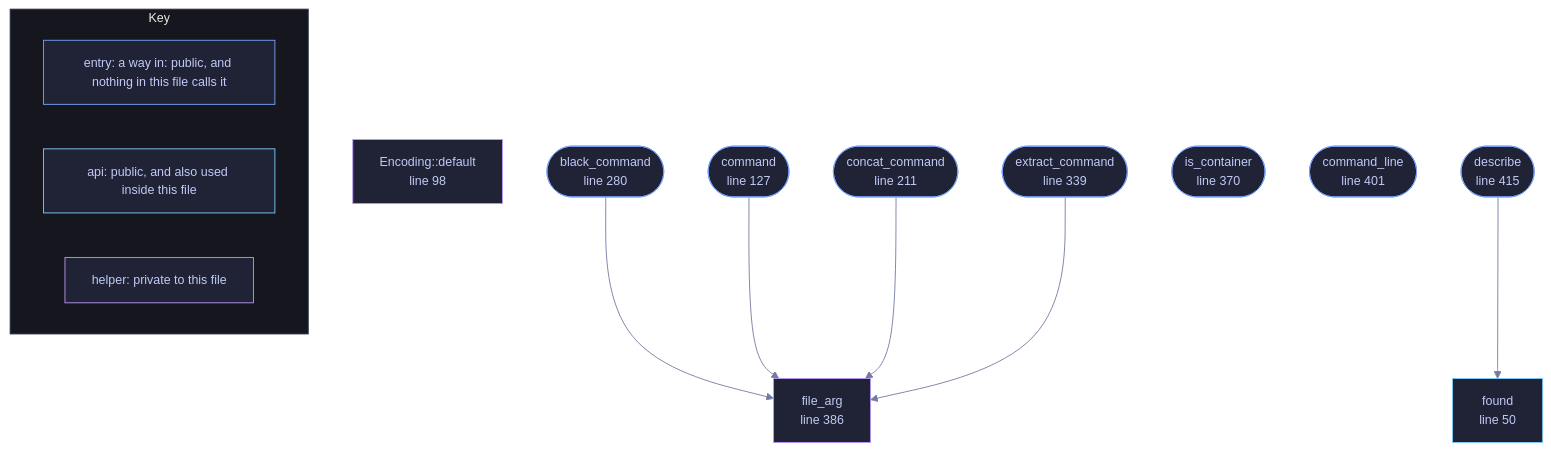
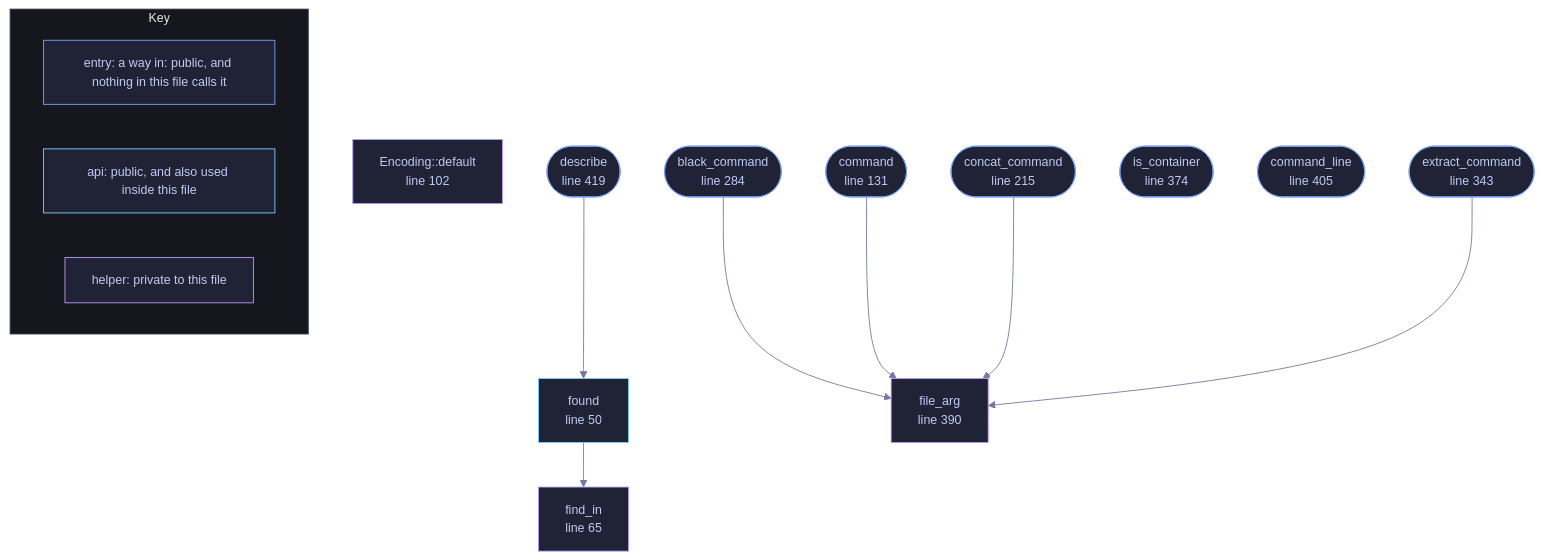
The diagram in docs/files/veilvoice-video/ffmpeg.md (tilas01/veilvoice), drawn with Mermaid before and after one commit. The commit also changed other lines of this file and 514 other files, not shown here.

````diff
--- a/docs/files/veilvoice-video/ffmpeg.md
+++ b/docs/files/veilvoice-video/ffmpeg.md
@@ -106,44 +106,47 @@
 ```mermaid
 %%{init: {"theme":"base","themeVariables":{"background":"#1a1b26","primaryColor":"#1f2335","primaryTextColor":"#c0caf5","primaryBorderColor":"#7aa2f7","secondaryColor":"#16161e","tertiaryColor":"#16161e","lineColor":"#737aa2","textColor":"#c0caf5","mainBkg":"#1f2335","nodeBorder":"#7aa2f7","clusterBkg":"#16161e","clusterBorder":"#2f3549","fontFamily":"ui-monospace, SFMono-Regular, Consolas, monospace","fontSize":"14px"}}}%%
 flowchart TD
     n_found["found<br/>line 50"]
-    n_default["Encoding::default<br/>line 98"]
-    n_command(["command<br/>line 127"])
-    n_concat_command(["concat_command<br/>line 211"])
-    n_black_command(["black_command<br/>line 280"])
-    n_extract_command(["extract_command<br/>line 339"])
-    n_is_container(["is_container<br/>line 370"])
-    n_file_arg["file_arg<br/>line 386"]
-    n_command_line(["command_line<br/>line 401"])
-    n_describe(["describe<br/>line 415"])
+    n_find_in["find_in<br/>line 65"]
+    n_default["Encoding::default<br/>line 102"]
+    n_command(["command<br/>line 131"])
+    n_concat_command(["concat_command<br/>line 215"])
+    n_black_command(["black_command<br/>line 284"])
+    n_extract_command(["extract_command<br/>line 343"])
+    n_is_container(["is_container<br/>line 374"])
+    n_file_arg["file_arg<br/>line 390"]
+    n_command_line(["command_line<br/>line 405"])
+    n_describe(["describe<br/>line 419"])
     n_black_command --> n_file_arg
     n_command --> n_file_arg
     n_concat_command --> n_file_arg
     n_describe --> n_found
     n_extract_command --> n_file_arg
+    n_found --> n_find_in
     click n_found href "https://github.com/tilas01/veilvoice/blob/main/crates/veilvoice-video/src/ffmpeg.rs#L50" "open the source"
-    click n_default href "https://github.com/tilas01/veilvoice/blob/main/crates/veilvoice-video/src/ffmpeg.rs#L98" "open the source"
-    click n_command href "https://github.com/tilas01/veilvoice/blob/main/crates/veilvoice-video/src/ffmpeg.rs#L127" "open the source"
-    click n_concat_command href "https://github.com/tilas01/veilvoice/blob/main/crates/veilvoice-video/src/ffmpeg.rs#L211" "open the source"
-    click n_black_command href "https://github.com/tilas01/veilvoice/blob/main/crates/veilvoice-video/src/ffmpeg.rs#L280" "open the source"
-    click n_extract_command href "https://github.com/tilas01/veilvoice/blob/main/crates/veilvoice-video/src/ffmpeg.rs#L339" "open the source"
-    click n_is_container href "https://github.com/tilas01/veilvoice/blob/main/crates/veilvoice-video/src/ffmpeg.rs#L370" "open the source"
-    click n_file_arg href "https://github.com/tilas01/veilvoice/blob/main/crates/veilvoice-video/src/ffmpeg.rs#L386" "open the source"
-    click n_command_line href "https://github.com/tilas01/veilvoice/blob/main/crates/veilvoice-video/src/ffmpeg.rs#L401" "open the source"
-    click n_describe href "https://github.com/tilas01/veilvoice/blob/main/crates/veilvoice-video/src/ffmpeg.rs#L415" "open the source"
+    click n_find_in href "https://github.com/tilas01/veilvoice/blob/main/crates/veilvoice-video/src/ffmpeg.rs#L65" "open the source"
+    click n_default href "https://github.com/tilas01/veilvoice/blob/main/crates/veilvoice-video/src/ffmpeg.rs#L102" "open the source"
+    click n_command href "https://github.com/tilas01/veilvoice/blob/main/crates/veilvoice-video/src/ffmpeg.rs#L131" "open the source"
+    click n_concat_command href "https://github.com/tilas01/veilvoice/blob/main/crates/veilvoice-video/src/ffmpeg.rs#L215" "open the source"
+    click n_black_command href "https://github.com/tilas01/veilvoice/blob/main/crates/veilvoice-video/src/ffmpeg.rs#L284" "open the source"
+    click n_extract_command href "https://github.com/tilas01/veilvoice/blob/main/crates/veilvoice-video/src/ffmpeg.rs#L343" "open the source"
+    click n_is_container href "https://github.com/tilas01/veilvoice/blob/main/crates/veilvoice-video/src/ffmpeg.rs#L374" "open the source"
+    click n_file_arg href "https://github.com/tilas01/veilvoice/blob/main/crates/veilvoice-video/src/ffmpeg.rs#L390" "open the source"
+    click n_command_line href "https://github.com/tilas01/veilvoice/blob/main/crates/veilvoice-video/src/ffmpeg.rs#L405" "open the source"
+    click n_describe href "https://github.com/tilas01/veilvoice/blob/main/crates/veilvoice-video/src/ffmpeg.rs#L419" "open the source"
     classDef entry fill:#1f2335,stroke:#7aa2f7,color:#c0caf5
     class n_command,n_concat_command,n_black_command,n_extract_command,n_is_container,n_command_line,n_describe entry
     classDef api fill:#1f2335,stroke:#7dcfff,color:#c0caf5
     class n_found api
     classDef helper fill:#1f2335,stroke:#bb9af7,color:#c0caf5
-    class n_default,n_file_arg helper
+    class n_find_in,n_default,n_file_arg helper
     subgraph chart_key ["Key"]
         direction LR
         key_entry["entry: a way in: public, and nothing in this file calls it"]
         key_api["api: public, and also used inside this file"]
         key_helper["helper: private to this file"]
     end
     class key_entry entry
     class key_api api
     class key_helper helper
 ```
````
